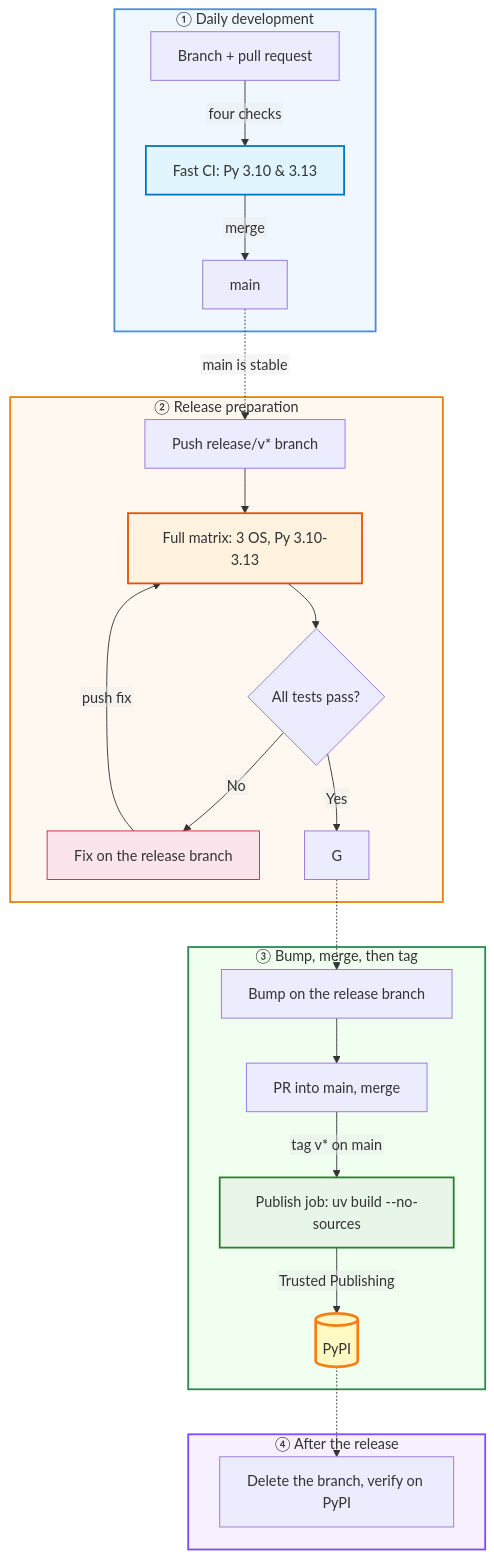
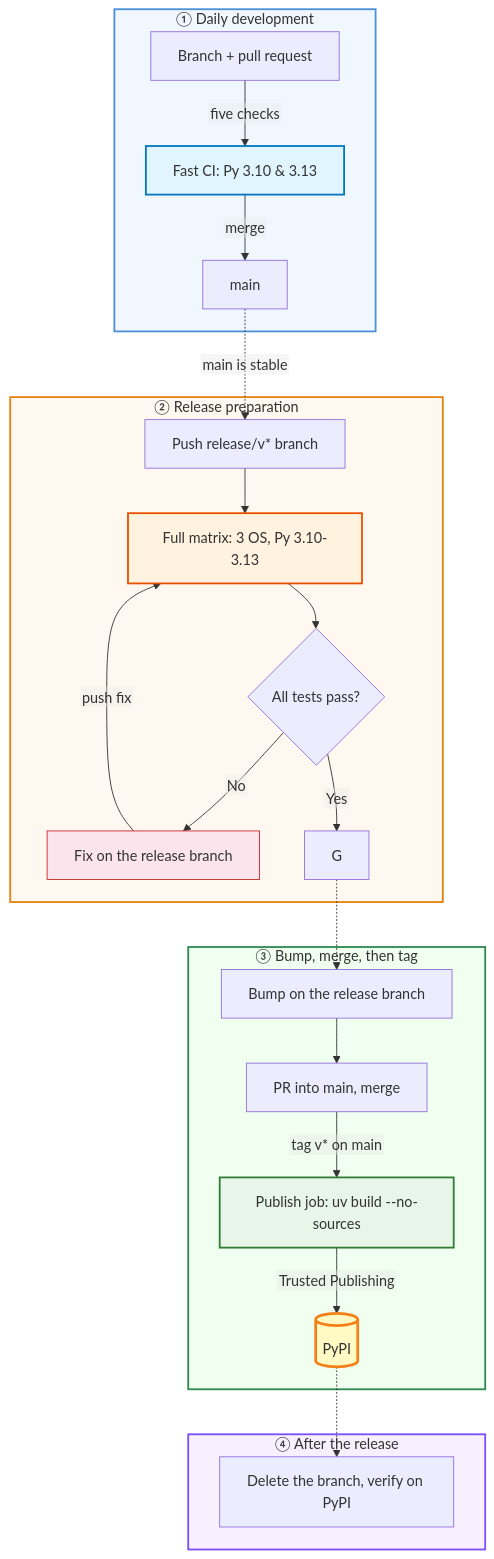
One commit to andrewendlinger/xmris changed the diagram in docs/contribute/publishing.md. Above: the diagram before and after it, drawn with Mermaid. The commit also changed other lines of this file and 6 other files, not shown here.

````diff
--- a/docs/contribute/publishing.md
+++ b/docs/contribute/publishing.md
@@ -122,43 +122,43 @@
 ```{mermaid}
 %%{init: {'flowchart': {'htmlLabels': false}}}%%
 flowchart TD
     subgraph dev ["① Daily development"]
-        A["Branch + pull request"] -->|"four checks"| B["Fast CI: Py 3.10 & 3.13"]
+        A["Branch + pull request"] -->|"five checks"| B["Fast CI: Py 3.10 & 3.13"]
         B -->|"merge"| MAIN["main"]
     end
 
     MAIN -.->|"main is stable"| C
 
     subgraph release ["② Release preparation"]
         C["Push release/v* branch"] --> D["Full matrix: 3 OS, Py 3.10-3.13"]
         D --> E{"All tests pass?"}
         E -->|"No"| F["Fix on the release branch"]
         F -->|"push fix"| D
         E -->|"Yes"| G
     end
 
     G -.-> H
 
     subgraph publish ["③ Bump, merge, then tag"]
         H["Bump on the release branch"] --> I["PR into main, merge"]
         I -->|"tag v* on main"| J["Publish job: uv build --no-sources"]
         J -->|"Trusted Publishing"| K[("PyPI")]
     end
 
     K -.-> L
 
     subgraph after ["④ After the release"]
         L["Delete the branch, verify on PyPI"]
     end
 
     style dev fill:#f0f7ff,stroke:#4a90d9,stroke-width:2px,color:#1a1a1a
     style release fill:#fff8f0,stroke:#e6820e,stroke-width:2px,color:#1a1a1a
     style publish fill:#f0fff0,stroke:#2d8a4e,stroke-width:2px,color:#1a1a1a
     style after fill:#f8f0ff,stroke:#7c4dff,stroke-width:2px,color:#1a1a1a
 
     style B fill:#e1f5fe,stroke:#0277bd,stroke-width:2px
     style D fill:#fff3e0,stroke:#e65100,stroke-width:2px
     style F fill:#fce4ec,stroke:#c62828
     style J fill:#e8f5e9,stroke:#2e7d32,stroke-width:2px
     style K fill:#fff9c4,stroke:#f57f17,stroke-width:3px
 ```
````
